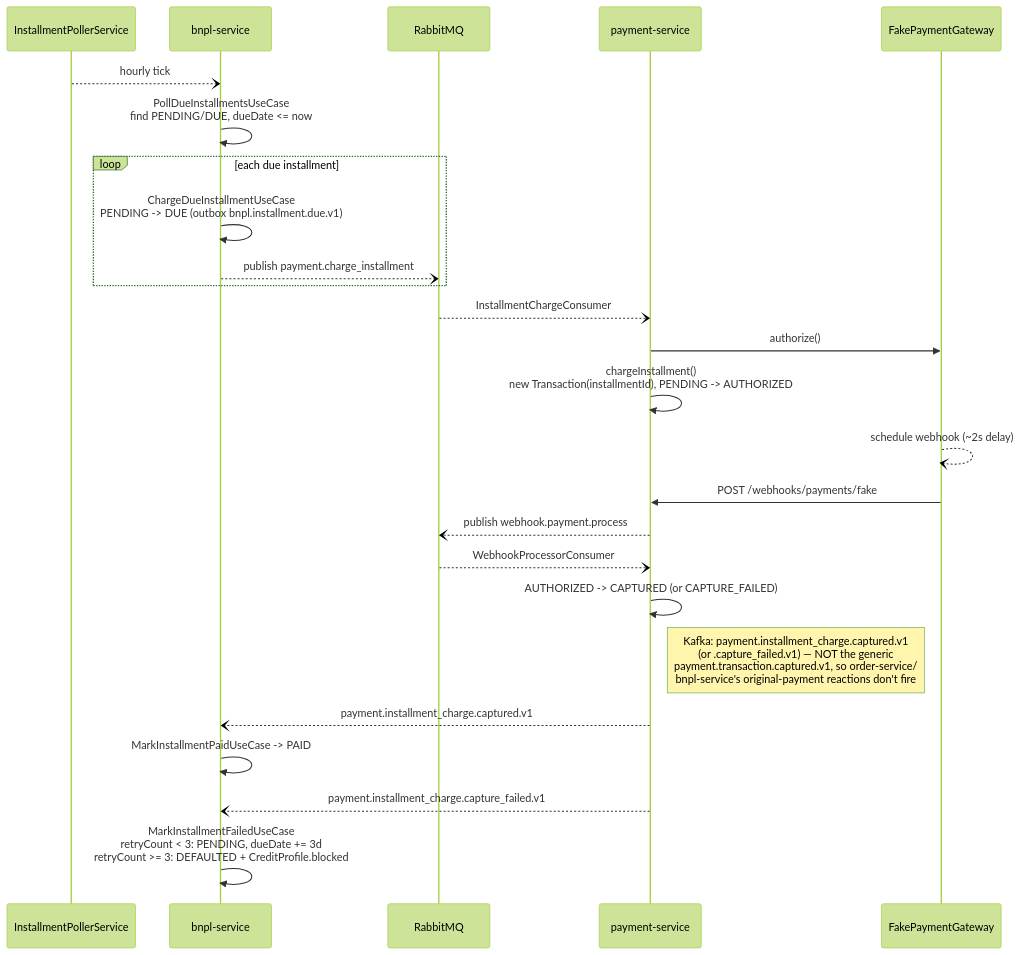
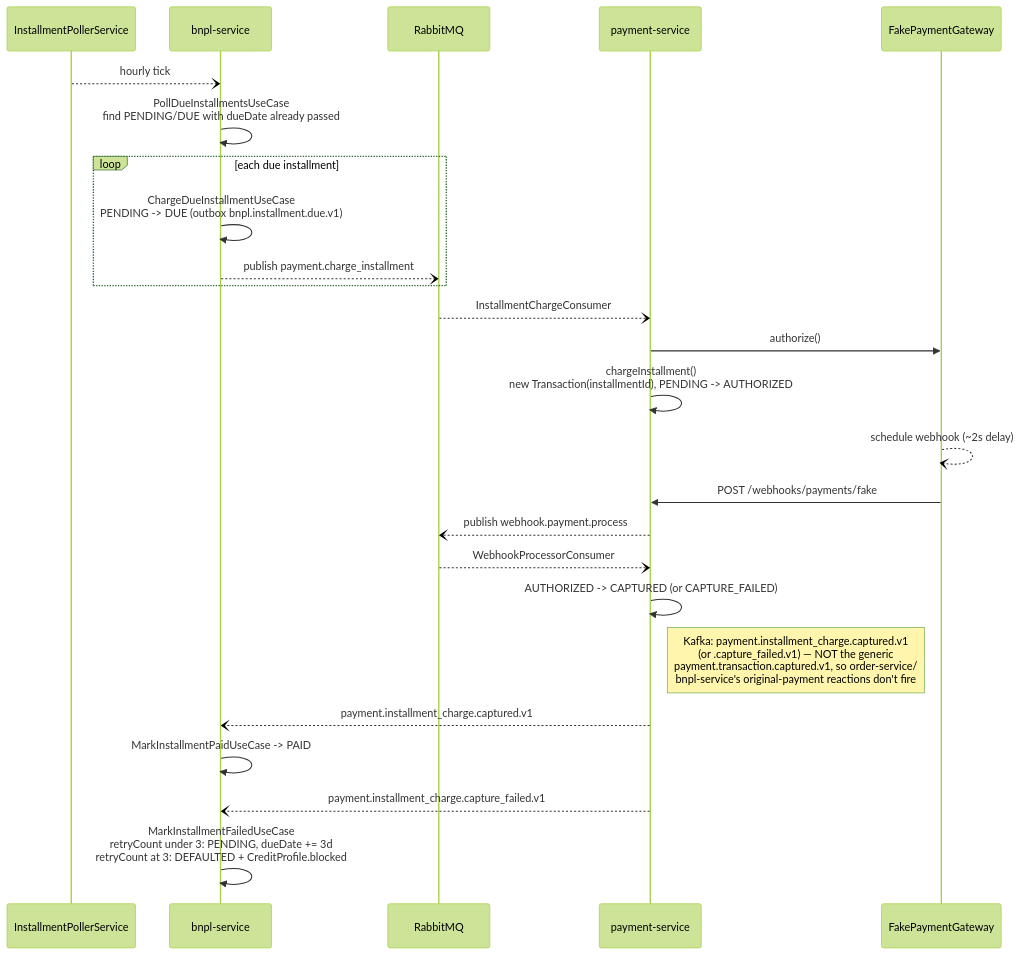
The fourth of 4 diagrams in backend/README.md (AnthonyPastor/ecommerce-with-bnpl-event-driven-architecture), drawn with Mermaid (forest theme) before and after one commit.

Commit message:
Fix broken mermaid syntax in the installment-charging (dunning) diagram
Two message labels in the dunning sequence diagram (backend/README.md)
had raw <=/>= comparison characters in the text: "dueDate <= now" and
"retryCount < 3 / >= 3". Mermaid's sequence-diagram text parser treats a
bare '<' as the start of an HTML-like tag, so an incomplete one like
"<=" breaks rendering on stricter renderers (GitHub's mermaid preview
among them) — this was the only 100%-BNPL diagram in the file and had
apparently never been visually verified after being merged. Reworded
both labels to avoid the comparison operators entirely; verified all
four mermaid blocks in the file with @mermaid-js/mermaid-cli.

Claude-Session: https://claude.ai/code/session_01JkKT3zpaCMa4zJ4kC33dkD

````diff
--- a/backend/README.md
+++ b/backend/README.md
@@ -293,30 +293,30 @@
 ```mermaid
 sequenceDiagram
     participant Cron as InstallmentPollerService
     participant Bnpl as bnpl-service
     participant MQ as RabbitMQ
     participant Payment as payment-service
     participant Gateway as FakePaymentGateway
 
     Cron--)Bnpl: hourly tick
-    Bnpl->>Bnpl: PollDueInstallmentsUseCase<br/>find PENDING/DUE, dueDate <= now
+    Bnpl->>Bnpl: PollDueInstallmentsUseCase<br/>find PENDING/DUE with dueDate already passed
     loop each due installment
         Bnpl->>Bnpl: ChargeDueInstallmentUseCase<br/>PENDING -> DUE (outbox bnpl.installment.due.v1)
         Bnpl--)MQ: publish payment.charge_installment
     end
 
     MQ--)Payment: InstallmentChargeConsumer
     Payment->>Gateway: authorize()
     Payment->>Payment: chargeInstallment()<br/>new Transaction(installmentId), PENDING -> AUTHORIZED
     Gateway--)Gateway: schedule webhook (~2s delay)
     Gateway->>Payment: POST /webhooks/payments/fake
     Payment--)MQ: publish webhook.payment.process
     MQ--)Payment: WebhookProcessorConsumer
     Payment->>Payment: AUTHORIZED -> CAPTURED (or CAPTURE_FAILED)
     Note right of Payment: Kafka: payment.installment_charge.captured.v1<br/>(or .capture_failed.v1) — NOT the generic<br/>payment.transaction.captured.v1, so order-service/<br/>bnpl-service's original-payment reactions don't fire
 
     Payment--)Bnpl: payment.installment_charge.captured.v1
     Bnpl->>Bnpl: MarkInstallmentPaidUseCase -> PAID
     Payment--)Bnpl: payment.installment_charge.capture_failed.v1
-    Bnpl->>Bnpl: MarkInstallmentFailedUseCase<br/>retryCount < 3: PENDING, dueDate += 3d<br/>retryCount >= 3: DEFAULTED + CreditProfile.blocked
+    Bnpl->>Bnpl: MarkInstallmentFailedUseCase<br/>retryCount under 3: PENDING, dueDate += 3d<br/>retryCount at 3: DEFAULTED + CreditProfile.blocked
 ```
````
